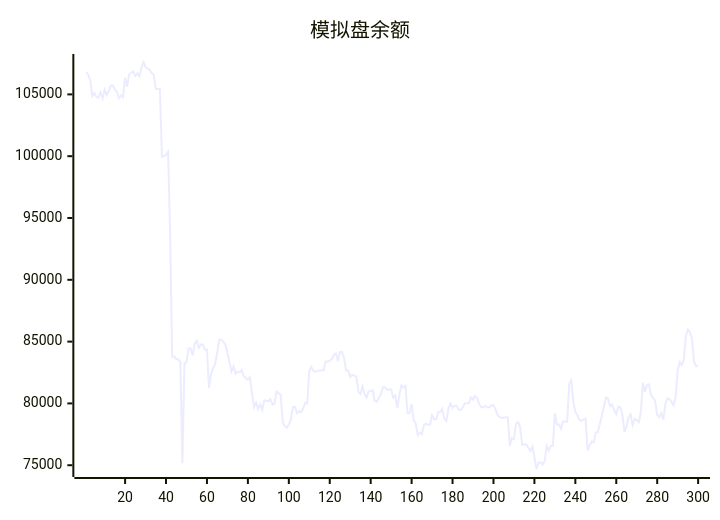
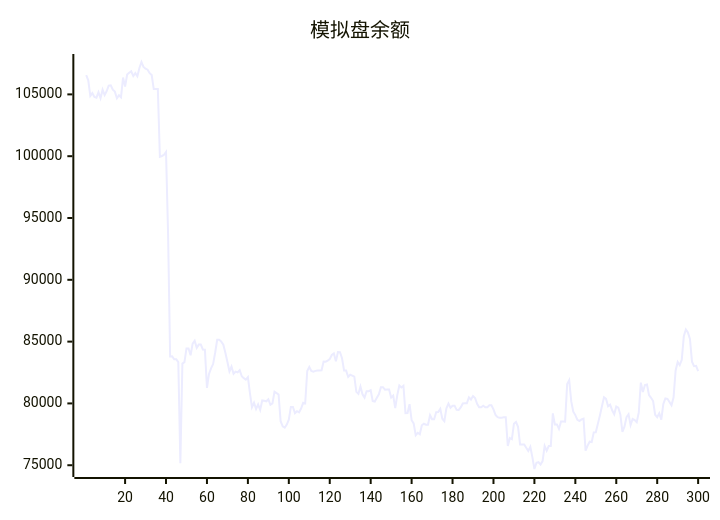
Before and after one commit to aahl/ai-trading: the diagram in README.md, drawn with Mermaid. The commit also changed other lines of this file and 1 other file, not shown here.

````diff
--- a/README.md
+++ b/README.md
@@ -5,5 +5,5 @@
 ```mermaid
 xychart
     title "模拟盘余额"
-    line [106816,106565,106141,104876,105103,104796,104734,105169,104690,105380,104941,105272,105709,105739,105374,105227,104691,104924,104762,106364,105628,106608,106748,106872,106485,106721,106468,107132,107620,107224,107080,107001,106717,106567,105431,105431,105440,99950,100017,100113,100337,93749,83795,83807,83567,83567,83342,75168,83222,83336,84448,84449,83896,84839,85065,84499,84757,84757,84364,84347,81254,82385,82835,83184,84099,85150,85150,85002,84751,84096,83356,82582,82983,82404,82572,82512,82688,82200,82047,81920,82125,80840,79688,80060,79552,79920,79470,80236,80208,80170,80336,79894,80006,80954,80837,80712,78561,78139,78037,78293,78682,79720,79720,79214,79372,79279,79591,80046,79993,82625,82950,82626,82571,82633,82670,82670,82681,83386,83378,83464,83579,83920,84037,83402,84160,84142,83652,82655,82655,82145,82315,82243,82163,80934,80770,81371,80742,80468,80989,80989,81067,80191,80155,80450,80737,81309,81309,81106,81119,81119,80471,80631,79624,80670,81448,81290,81429,79212,79222,79940,78643,78380,77432,77623,77504,78235,78358,78284,78277,79048,78714,78714,79290,79308,79567,78763,78563,79603,79988,79652,79813,79813,79476,79469,79673,79995,80015,80015,80486,80314,80600,80436,79966,79689,79689,79819,79692,79692,79850,79850,79518,79071,78889,78850,78850,78878,78878,76554,77202,77103,78357,78510,78106,76678,76677,76672,76411,76159,76485,75656,74695,75197,75246,75052,75334,76564,76179,76553,76551,79196,78300,78300,77944,78531,78531,78521,81564,81884,80160,79335,79055,78675,78580,78708,78764,76179,76586,76902,76876,77658,77669,78346,79023,79769,80497,80366,79761,79896,79448,79126,79749,79658,79097,77695,78114,78888,79126,78249,78738,78653,78478,79271,81680,80923,81488,81527,80681,80455,80190,79084,78879,79193,78686,79954,80403,80374,80118,79848,80491,82665,83351,83098,83525,85430,85983,85737,85221,83378,83014,83043]
+    line [106565,106141,104876,105103,104796,104734,105169,104690,105380,104941,105272,105709,105739,105374,105227,104691,104924,104762,106364,105628,106608,106748,106872,106485,106721,106468,107132,107620,107224,107080,107001,106717,106567,105431,105431,105440,99950,100017,100113,100337,93749,83795,83807,83567,83567,83342,75168,83222,83336,84448,84449,83896,84839,85065,84499,84757,84757,84364,84347,81254,82385,82835,83184,84099,85150,85150,85002,84751,84096,83356,82582,82983,82404,82572,82512,82688,82200,82047,81920,82125,80840,79688,80060,79552,79920,79470,80236,80208,80170,80336,79894,80006,80954,80837,80712,78561,78139,78037,78293,78682,79720,79720,79214,79372,79279,79591,80046,79993,82625,82950,82626,82571,82633,82670,82670,82681,83386,83378,83464,83579,83920,84037,83402,84160,84142,83652,82655,82655,82145,82315,82243,82163,80934,80770,81371,80742,80468,80989,80989,81067,80191,80155,80450,80737,81309,81309,81106,81119,81119,80471,80631,79624,80670,81448,81290,81429,79212,79222,79940,78643,78380,77432,77623,77504,78235,78358,78284,78277,79048,78714,78714,79290,79308,79567,78763,78563,79603,79988,79652,79813,79813,79476,79469,79673,79995,80015,80015,80486,80314,80600,80436,79966,79689,79689,79819,79692,79692,79850,79850,79518,79071,78889,78850,78850,78878,78878,76554,77202,77103,78357,78510,78106,76678,76677,76672,76411,76159,76485,75656,74695,75197,75246,75052,75334,76564,76179,76553,76551,79196,78300,78300,77944,78531,78531,78521,81564,81884,80160,79335,79055,78675,78580,78708,78764,76179,76586,76902,76876,77658,77669,78346,79023,79769,80497,80366,79761,79896,79448,79126,79749,79658,79097,77695,78114,78888,79126,78249,78738,78653,78478,79271,81680,80923,81488,81527,80681,80455,80190,79084,78879,79193,78686,79954,80403,80374,80118,79848,80491,82665,83351,83098,83525,85430,85983,85737,85221,83378,83014,83043,82613]
 ```
````
